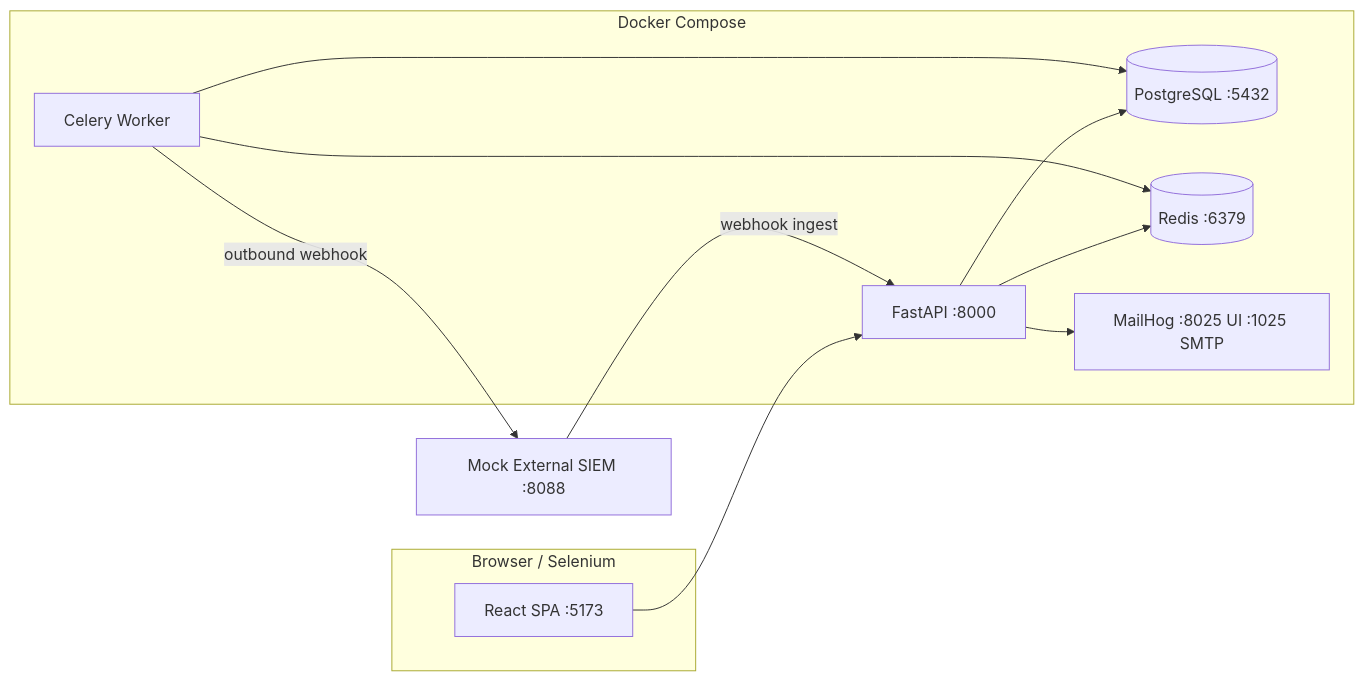
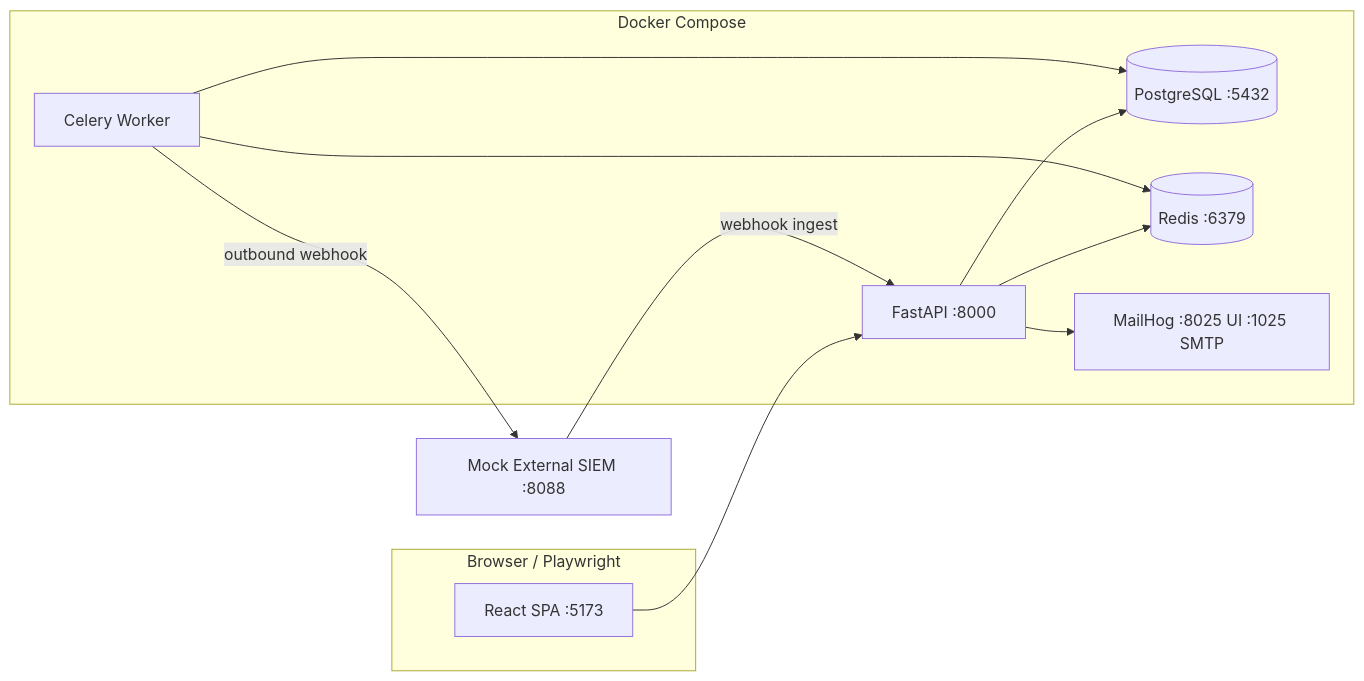
The first of 2 diagrams in docs/CONSTITUTION.md (dessisdakova/Sentinel_Desk-Demo_App), drawn with Mermaid before and after one commit. The commit also changed other lines of this file and 20 other files, not shown here.

````diff
--- a/docs/CONSTITUTION.md
+++ b/docs/CONSTITUTION.md
@@ -114,22 +114,22 @@
 ```mermaid
 flowchart LR
-  subgraph client [Browser / Selenium]
+  subgraph client [Browser / Playwright]
     UI[React SPA :5173]
   end
   subgraph docker [Docker Compose]
     API[FastAPI :8000]
     PG[(PostgreSQL :5432)]
     RD[(Redis :6379)]
     WK[Celery Worker]
     MH[MailHog :8025 UI :1025 SMTP]
   end
   EXT[Mock External SIEM :8088]
   UI --> API
   API --> PG
   API --> RD
   WK --> RD
   WK --> PG
   API --> MH
   EXT -->|webhook ingest| API
   WK -->|outbound webhook| EXT
 ```
````
